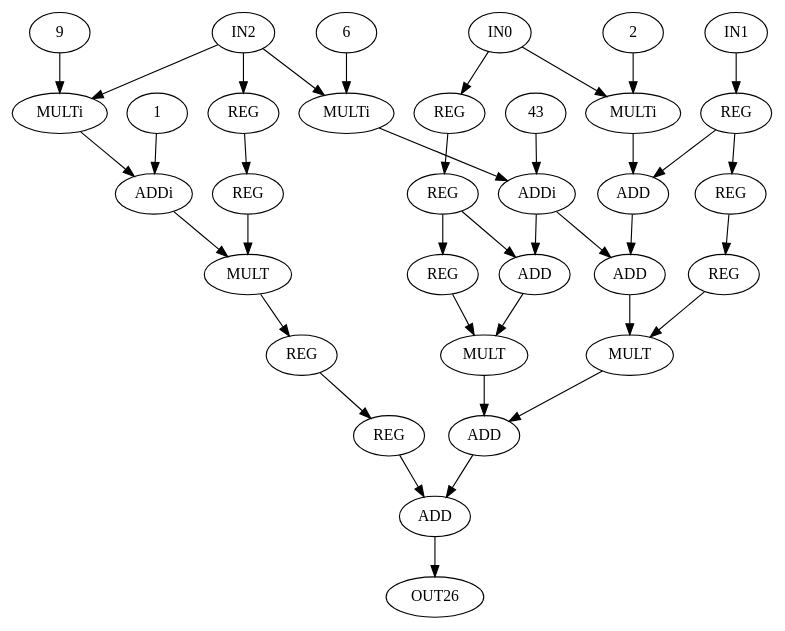
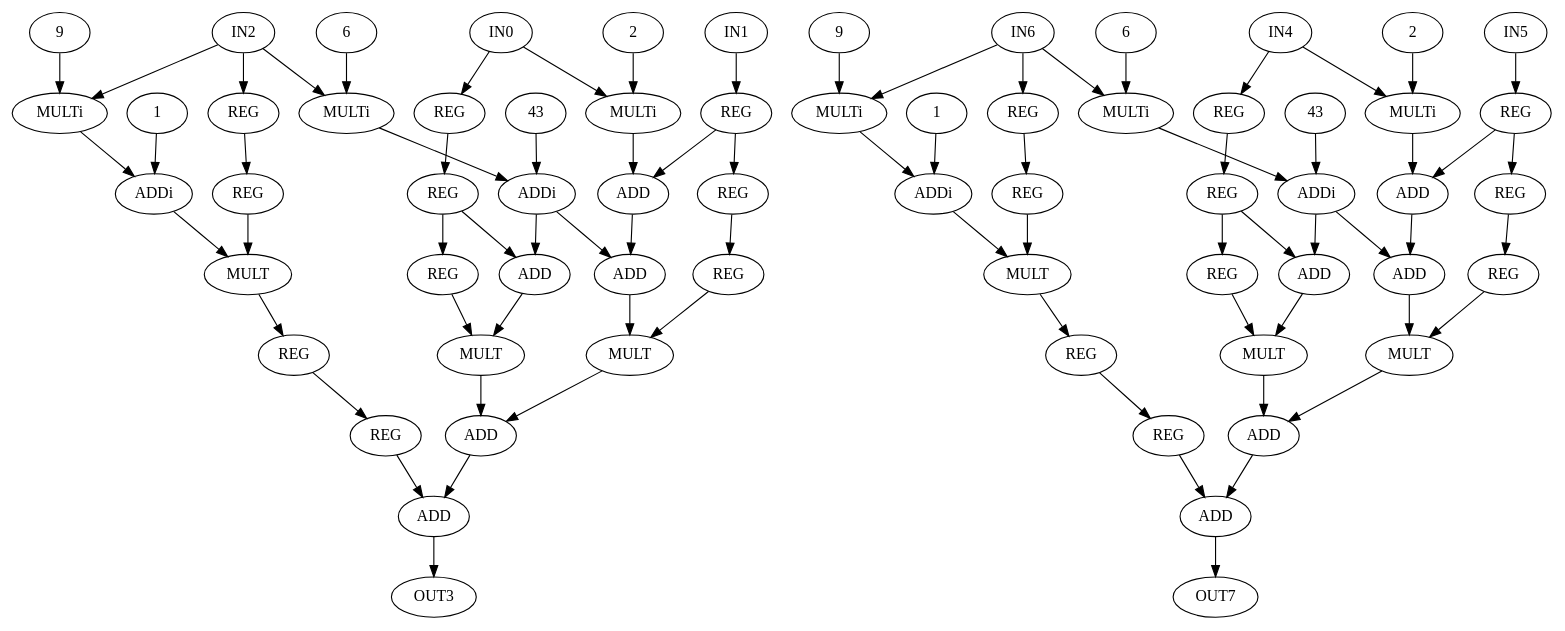
The diagram in fdam-samples/fdam-cgra-samples/cgra_128_radix8/sw/cpp/dot_dataflows/mibench.dot (lesc-ufv/fdam), drawn with Graphviz before and after one commit. The commit also changed 12 other files, not shown here.

```diff
--- a/fdam-samples/fdam-cgra-samples/cgra_128_radix8/sw/cpp/dot_dataflows/mibench.dot
+++ b/fdam-samples/fdam-cgra-samples/cgra_128_radix8/sw/cpp/dot_dataflows/mibench.dot
@@ -1,71 +1,140 @@
 digraph mibench{
  0 [ label = IN0 ]
  1 [ label = IN1 ]
  2 [ label = IN2 ]
- 3 [ label = REG]
- 4 [ label = REG]
- 5 [ label = REG]
- 6 [ label = REG]
- 7 [ label = REG]
+ 3 [ label = OUT3 ]
+ 4 [ label = IN4 ]
+ 5 [ label = IN5 ]
+ 6 [ label = IN6 ]
+ 7 [ label = OUT7 ]
  8 [ label = REG]
  9 [ label = REG]
  10 [ label = REG]
  11 [ label = REG]
  12 [ label = REG]
- 13 [ label = MULTi, VALUE = 9]
- "13.9"[ label = 9 ]
- 14 [ label = MULTi, VALUE = 6]
- "14.6"[ label = 6 ]
- 15 [ label = MULTi, VALUE = 2]
- "15.2"[ label = 2 ]
- 16 [ label = ADDi, VALUE = 1]
- "16.1"[ label = 1 ]
- 17 [ label = ADDi, VALUE = 43]
- "17.43"[ label = 43 ]
- 18 [ label = ADD]
- 19 [ label = MULT]
- 20 [ label = ADD]
- 21 [ label = ADD]
- 22 [ label = MULT]
- 23 [ label = MULT]
- 24 [ label = ADD]
+ 13 [ label = REG]
+ 14 [ label = REG]
+ 15 [ label = REG]
+ 16 [ label = REG]
+ 17 [ label = REG]
+ 18 [ label = MULTi, VALUE = 9]
+ "18.9"[ label = 9 ]
+ 19 [ label = MULTi, VALUE = 6]
+ "19.6"[ label = 6 ]
+ 20 [ label = MULTi, VALUE = 2]
+ "20.2"[ label = 2 ]
+ 21 [ label = ADDi, VALUE = 1]
+ "21.1"[ label = 1 ]
+ 22 [ label = ADDi, VALUE = 43]
+ "22.43"[ label = 43 ]
+ 23 [ label = ADD]
+ 24 [ label = MULT]
  25 [ label = ADD]
- 26 [ label = OUT26 ]
- 0 -> 15
- 0 -> 5
- 1 -> 8
- 2 -> 13
- 2 -> 14
- 2 -> 3
- 3 -> 4
- 4 -> 19
- 5 -> 6
- 6 -> 7
- 6 -> 20
- 7 -> 22
+ 26 [ label = ADD]
+ 27 [ label = MULT]
+ 28 [ label = MULT]
+ 29 [ label = ADD]
+ 30 [ label = ADD]
+ 31 [ label = REG]
+ 32 [ label = REG]
+ 33 [ label = REG]
+ 34 [ label = REG]
+ 35 [ label = REG]
+ 36 [ label = REG]
+ 37 [ label = REG]
+ 38 [ label = REG]
+ 39 [ label = REG]
+ 40 [ label = REG]
+ 41 [ label = MULTi, VALUE = 9]
+ "41.9"[ label = 9 ]
+ 42 [ label = MULTi, VALUE = 6]
+ "42.6"[ label = 6 ]
+ 43 [ label = MULTi, VALUE = 2]
+ "43.2"[ label = 2 ]
+ 44 [ label = ADDi, VALUE = 1]
+ "44.1"[ label = 1 ]
+ 45 [ label = ADDi, VALUE = 43]
+ "45.43"[ label = 43 ]
+ 46 [ label = ADD]
+ 47 [ label = MULT]
+ 48 [ label = ADD]
+ 49 [ label = ADD]
+ 50 [ label = MULT]
+ 51 [ label = MULT]
+ 52 [ label = ADD]
+ 53 [ label = ADD]
+ 0 -> 20
+ 0 -> 10
+ 1 -> 13
+ 2 -> 18
+ 2 -> 19
+ 2 -> 8
+ 4 -> 43
+ 4 -> 33
+ 5 -> 36
+ 6 -> 41
+ 6 -> 42
+ 6 -> 31
  8 -> 9
- 8 -> 18
- 9 -> 10
- 10 -> 23
+ 9 -> 24
+ 10 -> 11
  11 -> 12
- 12 -> 25
- "13.9" -> 13
- 13 -> 16
- "14.6" -> 14
- 14 -> 17
- "15.2" -> 15
- 15 -> 18
- "16.1" -> 16
- 16 -> 19
- "17.43" -> 17
- 17 -> 20
- 17 -> 21
+ 11 -> 25
+ 12 -> 27
+ 13 -> 14
+ 13 -> 23
+ 14 -> 15
+ 15 -> 28
+ 16 -> 17
+ 17 -> 30
+ "18.9" -> 18
  18 -> 21
- 19 -> 11
- 20 -> 22
- 21 -> 23
- 22 -> 24
- 23 -> 24
- 24 -> 25
- 25 -> 26
+ "19.6" -> 19
+ 19 -> 22
+ "20.2" -> 20
+ 20 -> 23
+ "21.1" -> 21
+ 21 -> 24
+ "22.43" -> 22
+ 22 -> 25
+ 22 -> 26
+ 23 -> 26
+ 24 -> 16
+ 25 -> 27
+ 26 -> 28
+ 27 -> 29
+ 28 -> 29
+ 29 -> 30
+ 30 -> 3
+ 31 -> 32
+ 32 -> 47
+ 33 -> 34
+ 34 -> 35
+ 34 -> 48
+ 35 -> 50
+ 36 -> 37
+ 36 -> 46
+ 37 -> 38
+ 38 -> 51
+ 39 -> 40
+ 40 -> 53
+ "41.9" -> 41
+ 41 -> 44
+ "42.6" -> 42
+ 42 -> 45
+ "43.2" -> 43
+ 43 -> 46
+ "44.1" -> 44
+ 44 -> 47
+ "45.43" -> 45
+ 45 -> 48
+ 45 -> 49
+ 46 -> 49
+ 47 -> 39
+ 48 -> 50
+ 49 -> 51
+ 50 -> 52
+ 51 -> 52
+ 52 -> 53
+ 53 -> 7
 }
```
